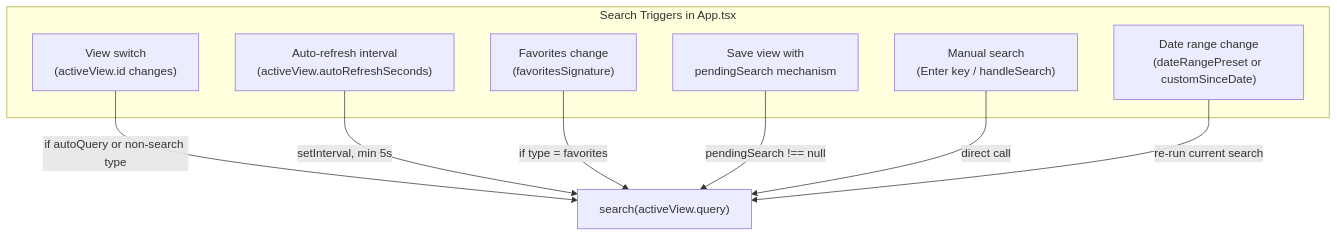
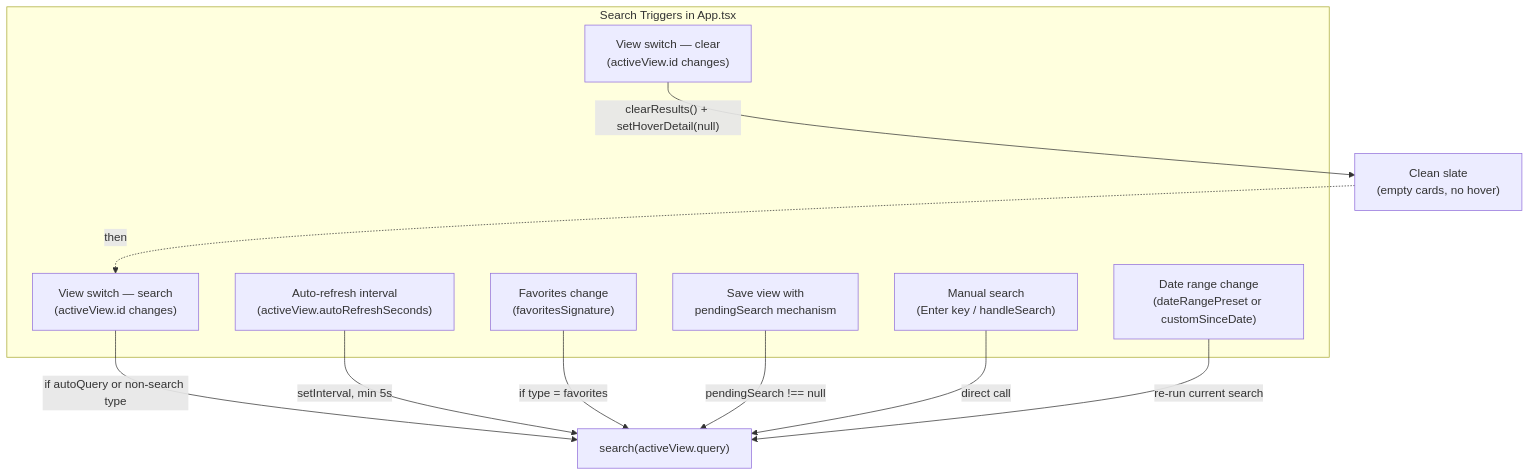
One commit to Kyliathy/context-core changed the seventh of 13 diagrams in visualizer/zz-reach2/architecture/ui/archi-search-ui.md. Above: the diagram before and after it, drawn with Mermaid. The commit also changed other lines of this file and 4 other files, not shown here.

Commit message:
fix: search results not refreshed on date range change docs: explaining how to use data sources for Agent Builder

````diff
--- a/visualizer/zz-reach2/architecture/ui/archi-search-ui.md
+++ b/visualizer/zz-reach2/architecture/ui/archi-search-ui.md
@@ -316,18 +318,21 @@
 ```mermaid
 flowchart TD
     subgraph Triggers["Search Triggers in App.tsx"]
-        T1["View switch<br/>(activeView.id changes)"]
+        T0["View switch — clear<br/>(activeView.id changes)"]
+        T1["View switch — search<br/>(activeView.id changes)"]
         T2["Auto-refresh interval<br/>(activeView.autoRefreshSeconds)"]
         T3["Favorites change<br/>(favoritesSignature)"]
         T4["Save view with<br/>pendingSearch mechanism"]
         T5["Manual search<br/>(Enter key / handleSearch)"]
         T6["Date range change<br/>(dateRangePreset or customSinceDate)"]
     end
 
+    T0 -->|"clearResults() + setHoverDetail(null)"| CLEAR["Clean slate<br/>(empty cards, no hover)"]
+    CLEAR -.->|"then"| T1
     T1 -->|"if autoQuery or non-search type"| SEARCH["search(activeView.query)"]
     T2 -->|"setInterval, min 5s"| SEARCH
     T3 -->|"if type = favorites"| SEARCH
     T4 -->|"pendingSearch !== null"| SEARCH
     T5 -->|"direct call"| SEARCH
     T6 -->|"re-run current search"| SEARCH
 ```
````
